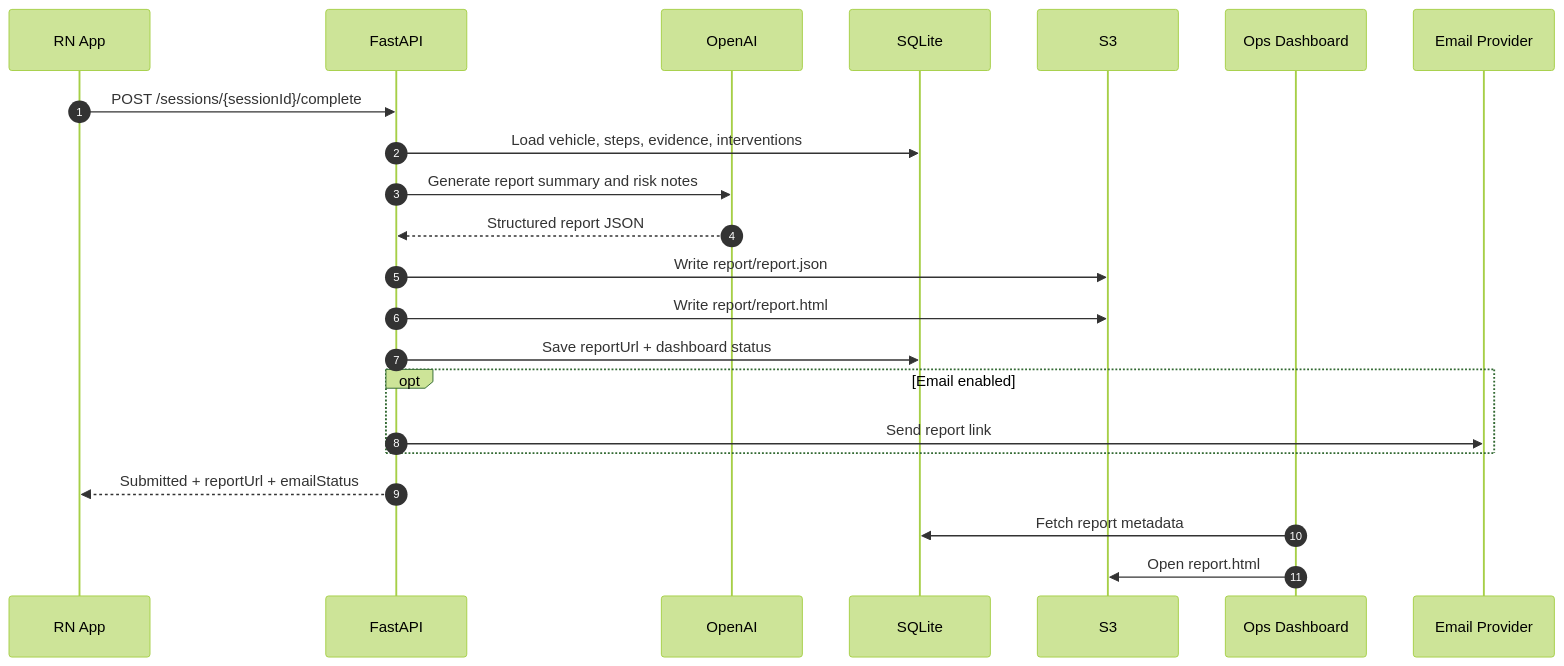
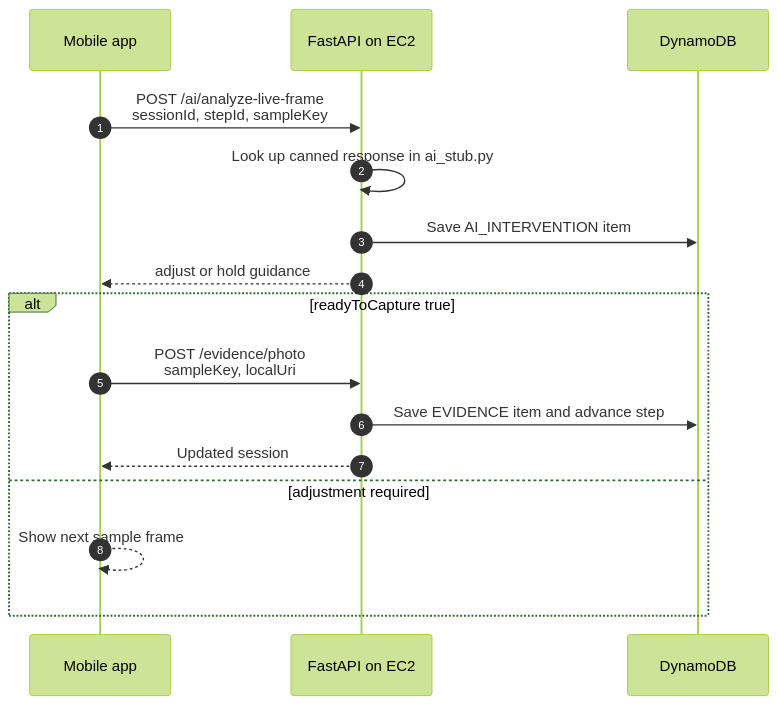
The eighth of 11 diagrams in ARCHITECTURE.md (adityabhattad2021/Inspection-Copilot), drawn with Mermaid (forest theme) before and after one commit. The commit also changed other lines of this file, not shown here.

Commit message:
docs: update architecture md

````diff
--- a/ARCHITECTURE.md
+++ b/ARCHITECTURE.md
@@ -375,25 +415,19 @@
 ```mermaid
 sequenceDiagram
   autonumber
-  participant App as RN App
-  participant API as FastAPI
-  participant AI as OpenAI
-  participant DDB as SQLite
-  participant S3 as S3
-  participant Dash as Ops Dashboard
-  participant Mail as Email Provider
+  participant App as Mobile app
+  participant API as FastAPI on EC2
+  participant DDB as DynamoDB
 
-  App->>API: POST /sessions/{sessionId}/complete
-  API->>DDB: Load vehicle, steps, evidence, interventions
-  API->>AI: Generate report summary and risk notes
-  AI-->>API: Structured report JSON
-  API->>S3: Write report/report.json
-  API->>S3: Write report/report.html
-  API->>DDB: Save reportUrl + dashboard status
-  opt Email enabled
-    API->>Mail: Send report link
+  App->>API: POST /ai/analyze-live-frame<br/>sessionId, stepId, sampleKey
+  API->>API: Look up canned response in ai_stub.py
+  API->>DDB: Save AI_INTERVENTION item
+  API-->>App: adjust or hold guidance
+  alt readyToCapture true
+    App->>API: POST /evidence/photo<br/>sampleKey, localUri
+    API->>DDB: Save EVIDENCE item and advance step
+    API-->>App: Updated session
+  else adjustment required
+    App-->>App: Show next sample frame
   end
-  API-->>App: Submitted + reportUrl + emailStatus
-  Dash->>DDB: Fetch report metadata
-  Dash->>S3: Open report.html
 ```
````
